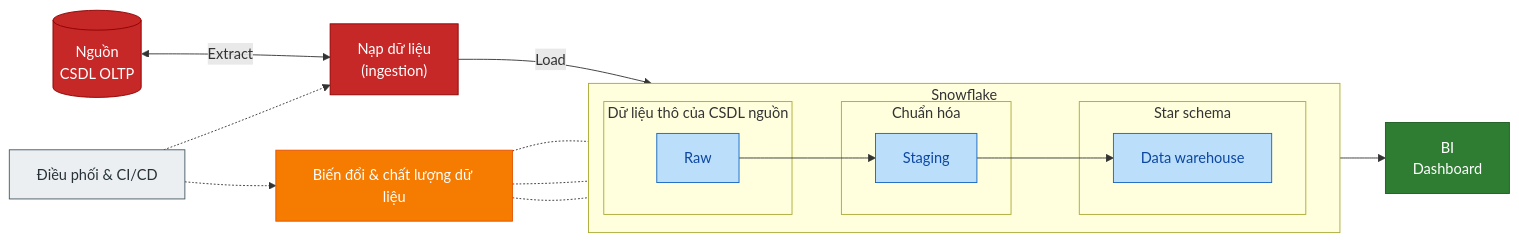
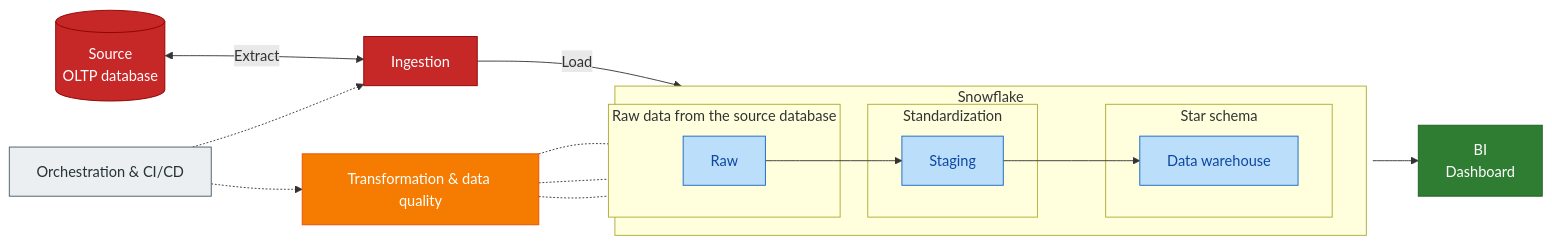
The first of 2 diagrams in README.md (whtbl3/retail-pulse), drawn with Mermaid before and after one commit. The commit also changed other lines of this file and 64 other files, not shown here.

````diff
--- a/README.md
+++ b/README.md
@@ -38,46 +38,46 @@
 ```mermaid
 flowchart LR
-  SRC[("Nguồn<br/>CSDL OLTP")]
-  ING["Nạp dữ liệu<br/>(ingestion)"]
+  SRC[("Source<br/>OLTP database")]
+  ING["Ingestion"]
 
   SRC <-->|"Extract"| ING
   ING -->|"Load"| RAW
 
   subgraph DWH["Snowflake"]
     direction LR
-    subgraph L1["Dữ liệu thô của CSDL nguồn"]
+    subgraph L1["Raw data from the source database"]
       RAW["Raw"]
     end
-    subgraph L2["Chuẩn hóa"]
+    subgraph L2["Standardization"]
       STG["Staging"]
     end
     subgraph L3["Star schema"]
       MART["Data warehouse"]
     end
     RAW --> STG --> MART
   end
 
   BI["BI<br/>Dashboard"]
   MART --> BI
 
-  TRF["Biến đổi & chất lượng dữ liệu"]
+  TRF["Transformation & data quality"]
   TRF -.- RAW
   TRF -.- STG
   TRF -.- MART
 
-  ORC["Điều phối & CI/CD"]
+  ORC["Orchestration & CI/CD"]
   ORC -.-> ING
   ORC -.-> TRF
 
   classDef src fill:#C62828,stroke:#8E0000,color:#FFFFFF
   classDef layer fill:#BBDEFB,stroke:#1565C0,color:#0D47A1
   classDef tool fill:#F57C00,stroke:#E65100,color:#FFFFFF
   classDef bi fill:#2E7D32,stroke:#1B5E20,color:#FFFFFF
   classDef ops fill:#ECEFF1,stroke:#455A64,color:#263238
 
   class SRC,ING src
   class RAW,STG,MART layer
   class TRF tool
   class BI bi
   class ORC ops
 ```
````
